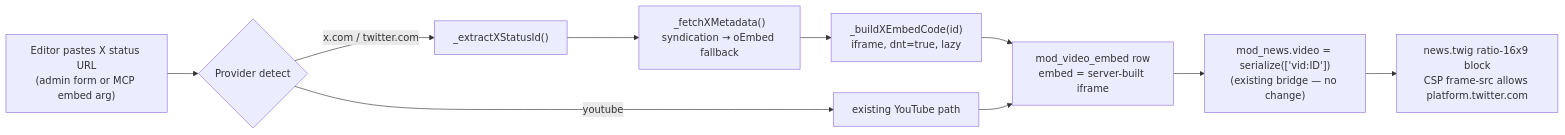
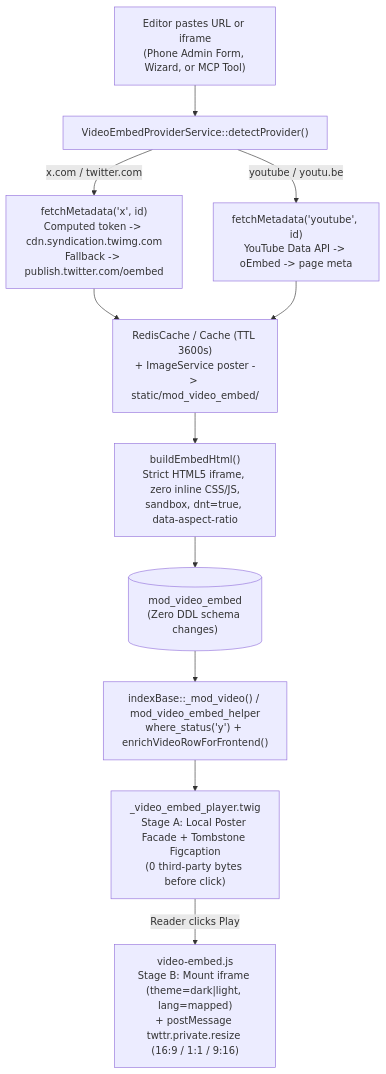
One commit to malpersaz/Bulletin changed the diagram in docs/plan/x-video-embed-mod-video-embed-provider-plan.md. Above: the diagram before and after it, drawn with Mermaid. The commit also changed other lines of this file and 58 other files, not shown here.

First line of the commit message:
feat(video-embed): implement X (Twitter) & multi-provider video embeds (v1.0.62)

````diff
--- a/docs/plan/x-video-embed-mod-video-embed-provider-plan.md
+++ b/docs/plan/x-video-embed-mod-video-embed-provider-plan.md
@@ -42,12 +51,13 @@
 ```mermaid
-flowchart LR
-    URL["Editor pastes X status URL<br/>(admin form or MCP embed arg)"] --> DET{Provider detect}
-    DET -->|x.com / twitter.com| EXT["_extractXStatusId()"]
-    EXT --> META["_fetchXMetadata()<br/>syndication → oEmbed fallback"]
-    META --> BUILD["_buildXEmbedCode(id)<br/>iframe, dnt=true, lazy"]
-    DET -->|youtube| YT["existing YouTube path"]
-    BUILD --> SAVE["mod_video_embed row<br/>embed = server-built iframe"]
-    YT --> SAVE
-    SAVE --> ATTACH["mod_news.video = serialize(['vid:ID'])<br/>(existing bridge — no change)"]
-    ATTACH --> RENDER["news.twig ratio-16x9 block<br/>CSP frame-src allows platform.twitter.com"]
+flowchart TD
+    IN["Editor pastes URL or iframe<br/>(Phone Admin Form, Wizard, or MCP Tool)"] --> SVC["VideoEmbedProviderService::detectProvider()"]
+    SVC -->|x.com / twitter.com| XMETA["fetchMetadata('x', id)<br/>Computed token -> cdn.syndication.twimg.com<br/>Fallback -> publish.twitter.com/oembed"]
+    SVC -->|youtube / youtu.be| YTMETA["fetchMetadata('youtube', id)<br/>YouTube Data API -> oEmbed -> page meta"]
+    XMETA --> CACHE["RedisCache / Cache (TTL 3600s)<br/>+ ImageService poster -> static/mod_video_embed/"]
+    YTMETA --> CACHE
+    CACHE --> BUILD["buildEmbedHtml()<br/>Strict HTML5 iframe, zero inline CSS/JS,<br/>sandbox, dnt=true, data-aspect-ratio"]
+    BUILD --> DB[("mod_video_embed<br/>(Zero DDL schema changes)")]
+    DB --> BRIDGE["indexBase::_mod_video() / mod_video_embed_helper<br/>where_status('y') + enrichVideoRowForFrontend()"]
+    BRIDGE --> FACADE["_video_embed_player.twig<br/>Stage A: Local Poster Facade + Tombstone Figcaption<br/>(0 third-party bytes before click)"]
+    FACADE -->|Reader clicks Play| LIVE["video-embed.js<br/>Stage B: Mount iframe (theme=dark|light, lang=mapped)<br/>+ postMessage twttr.private.resize (16:9 / 1:1 / 9:16)"]
 ```
````
